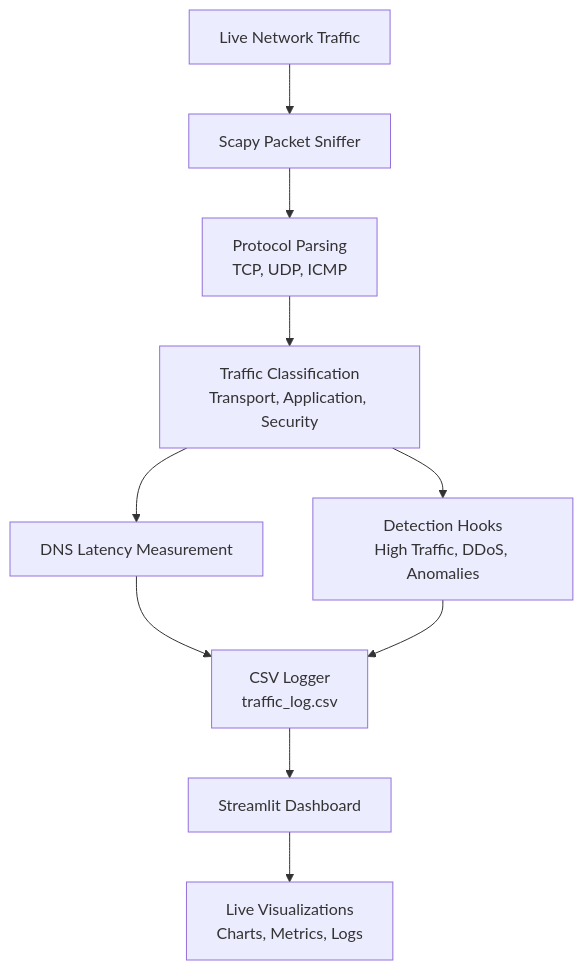
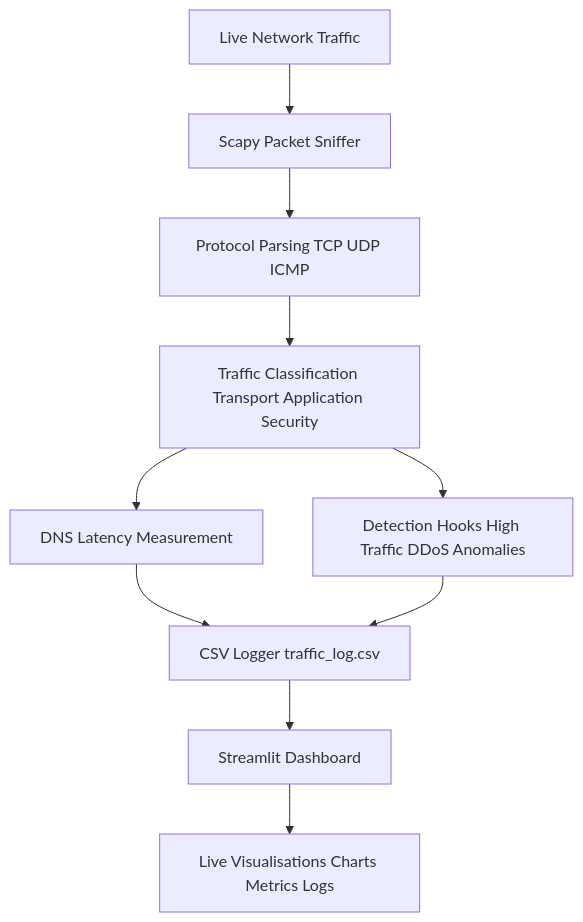
One commit to maryam-rahat/sniffer changed the diagram in README.md. Above: the diagram before and after it, drawn with Mermaid. The commit also changed other lines of this file, not shown here.

Commit message:
Fix formatting in architecture diagram in README

````diff
--- a/README.md
+++ b/README.md
@@ -57,12 +56,12 @@
 ```mermaid
 flowchart TD
     A[Live Network Traffic] --> B[Scapy Packet Sniffer]
-    B --> C[Protocol Parsing\nTCP, UDP, ICMP]
-    C --> D[Traffic Classification\nTransport, Application, Security]
+    B --> C[Protocol Parsing TCP UDP ICMP]
+    C --> D[Traffic Classification Transport Application Security]
     D --> E[DNS Latency Measurement]
-    D --> F[Detection Hooks\nHigh Traffic, DDoS, Anomalies]
-    E --> G[CSV Logger\ntraffic_log.csv]
+    D --> F[Detection Hooks High Traffic DDoS Anomalies]
+    E --> G[CSV Logger traffic_log.csv]
     F --> G
     G --> H[Streamlit Dashboard]
-    H --> I[Live Visualizations\nCharts, Metrics, Logs]
+    H --> I[Live Visualisations Charts Metrics Logs]
 ```
````
